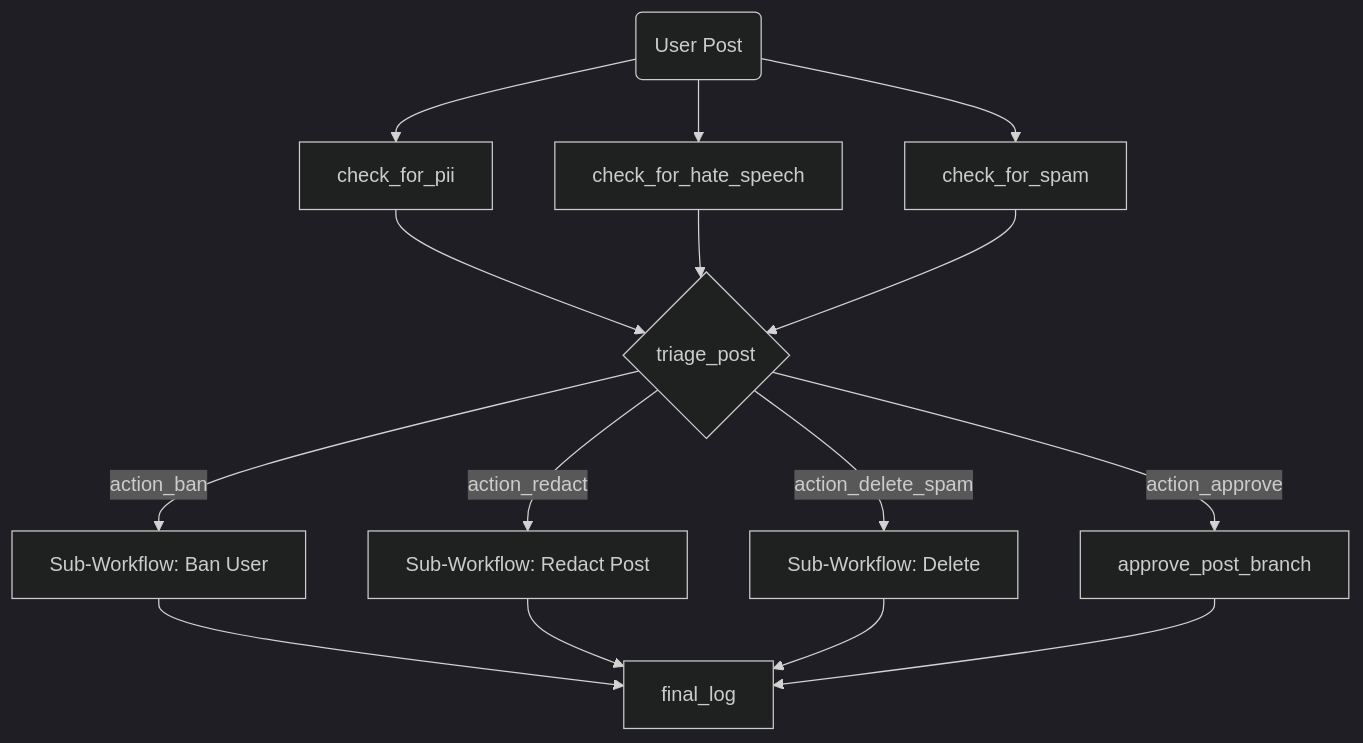
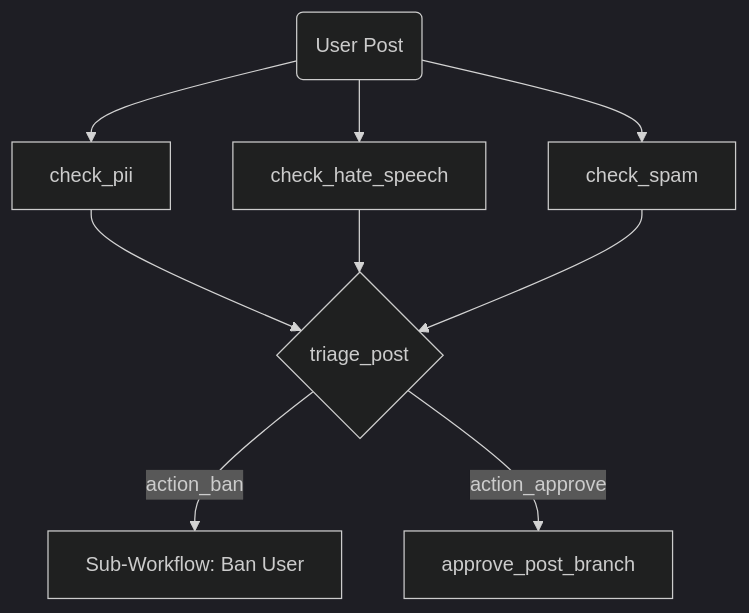
One commit to gorango/flowcraft changed the fourth of 4 diagrams in README.md. Above: the diagram before and after it, drawn with Mermaid (dark theme). The commit also changed other lines of this file and 41 other files, not shown here.

````diff
--- a/README.md
+++ b/README.md
@@ -124,17 +97,7 @@
 ```mermaid
 graph TD
-    A(User Post) --> B[check_for_pii]
-    A --> C[check_for_hate_speech]
-    A --> D[check_for_spam]
-    B --> E{triage_post}
-    C --> E
-    D --> E
+    A(User Post) --> B[check_pii] & C[check_hate_speech] & D[check_spam]
+    B & C & D --> E{triage_post}
     E -- action_ban --> F["Sub-Workflow: Ban User"]
-    E -- action_redact --> G["Sub-Workflow: Redact Post"]
-    E -- action_delete_spam --> H["Sub-Workflow: Delete"]
-    E -- action_approve --> I[approve_post_branch]
-    F --> Z[final_log]
-    G --> Z
-    H --> Z
-    I --> Z
+    E -- action_approve --> G[approve_post_branch]
 ```
````
